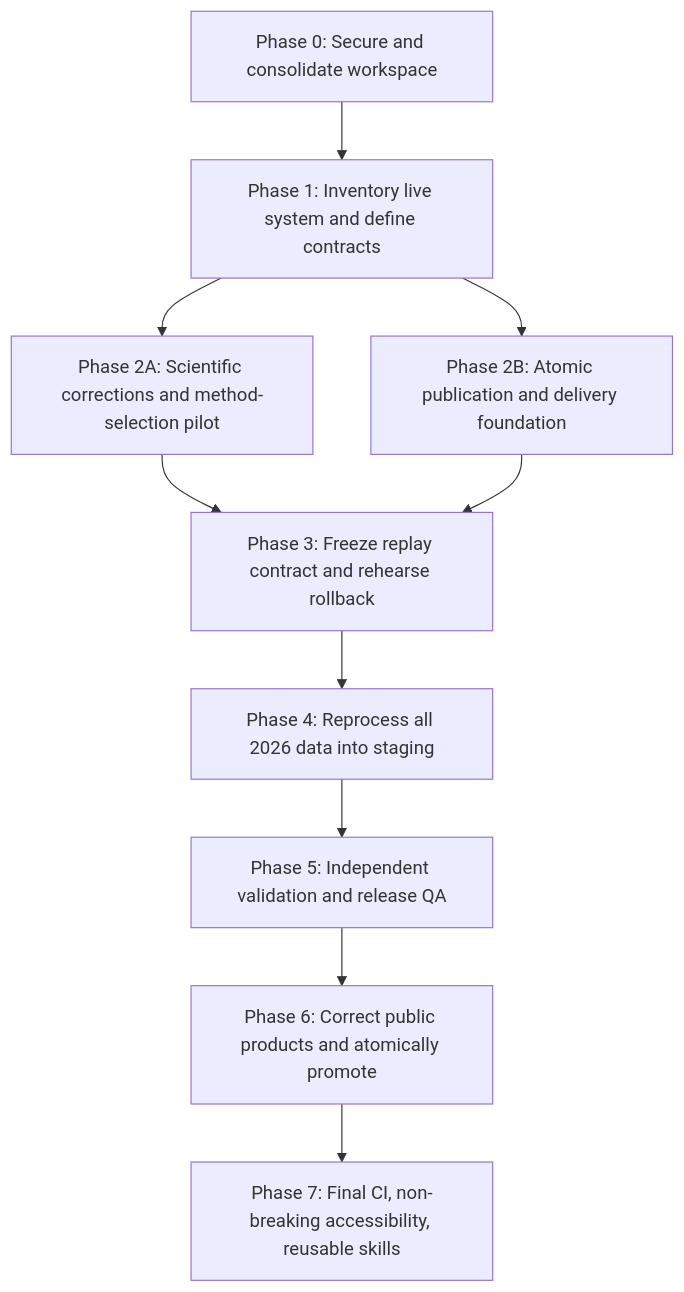
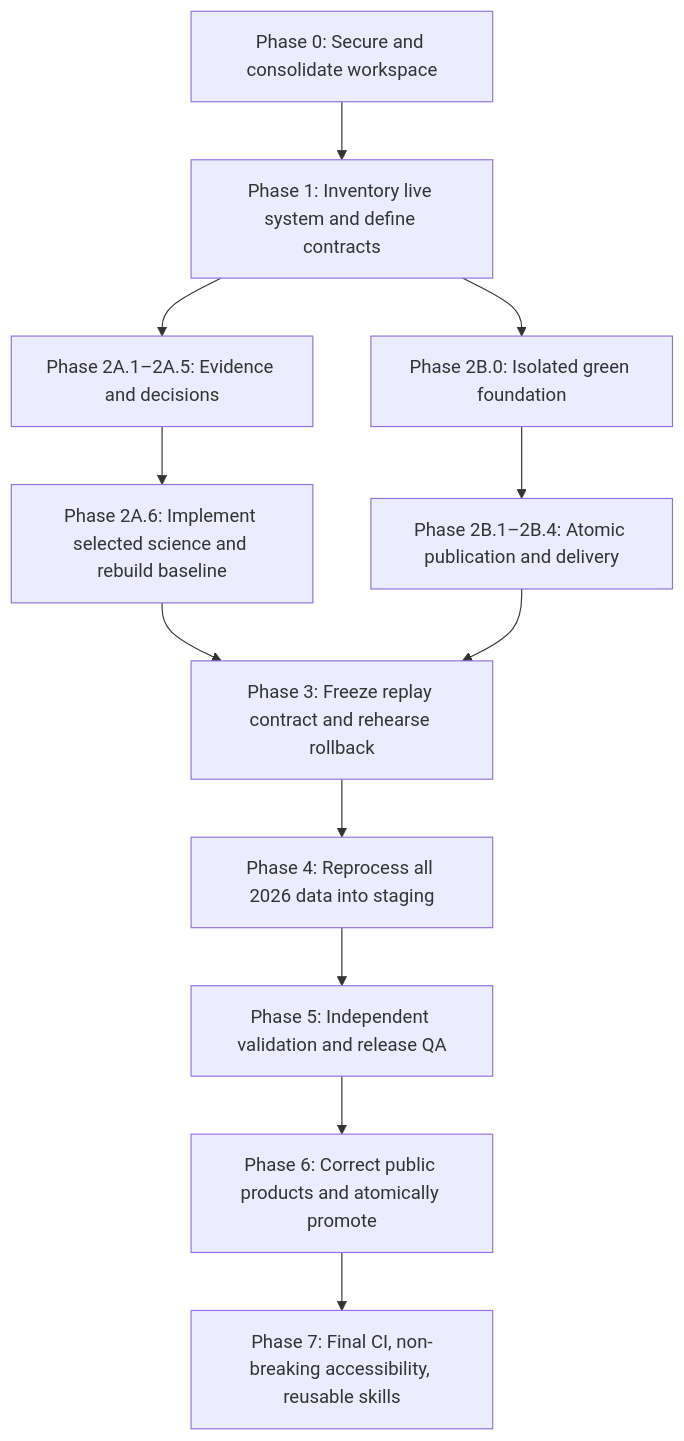
One commit to santibravocmcc/Araripe changed the diagram in ROADMAP.md. Above: the diagram before and after it, drawn with Mermaid. The commit also changed other lines of this file and 22 other files, not shown here.

Commit message:
docs: define isolated phase 2B foundation

````diff
--- a/ROADMAP.md
+++ b/ROADMAP.md
@@ -118,22 +129,26 @@
 ```mermaid
 flowchart TD
     A["Phase 0: Secure and consolidate workspace"]
     B["Phase 1: Inventory live system and define contracts"]
-    C["Phase 2A: Scientific corrections and method-selection pilot"]
-    D["Phase 2B: Atomic publication and delivery foundation"]
+    C["Phase 2A.1–2A.5: Evidence and decisions"]
+    C2["Phase 2A.6: Implement selected science and rebuild baseline"]
+    D0["Phase 2B.0: Isolated green foundation"]
+    D["Phase 2B.1–2B.4: Atomic publication and delivery"]
     E["Phase 3: Freeze replay contract and rehearse rollback"]
     F["Phase 4: Reprocess all 2026 data into staging"]
     G["Phase 5: Independent validation and release QA"]
     H["Phase 6: Correct public products and atomically promote"]
     I["Phase 7: Final CI, non-breaking accessibility, reusable skills"]
 
     A --> B
     B --> C
-    B --> D
-    C --> E
+    C --> C2
+    B --> D0
+    D0 --> D
+    C2 --> E
     D --> E
     E --> F
     F --> G
     G --> H
     H --> I
 ```
````
